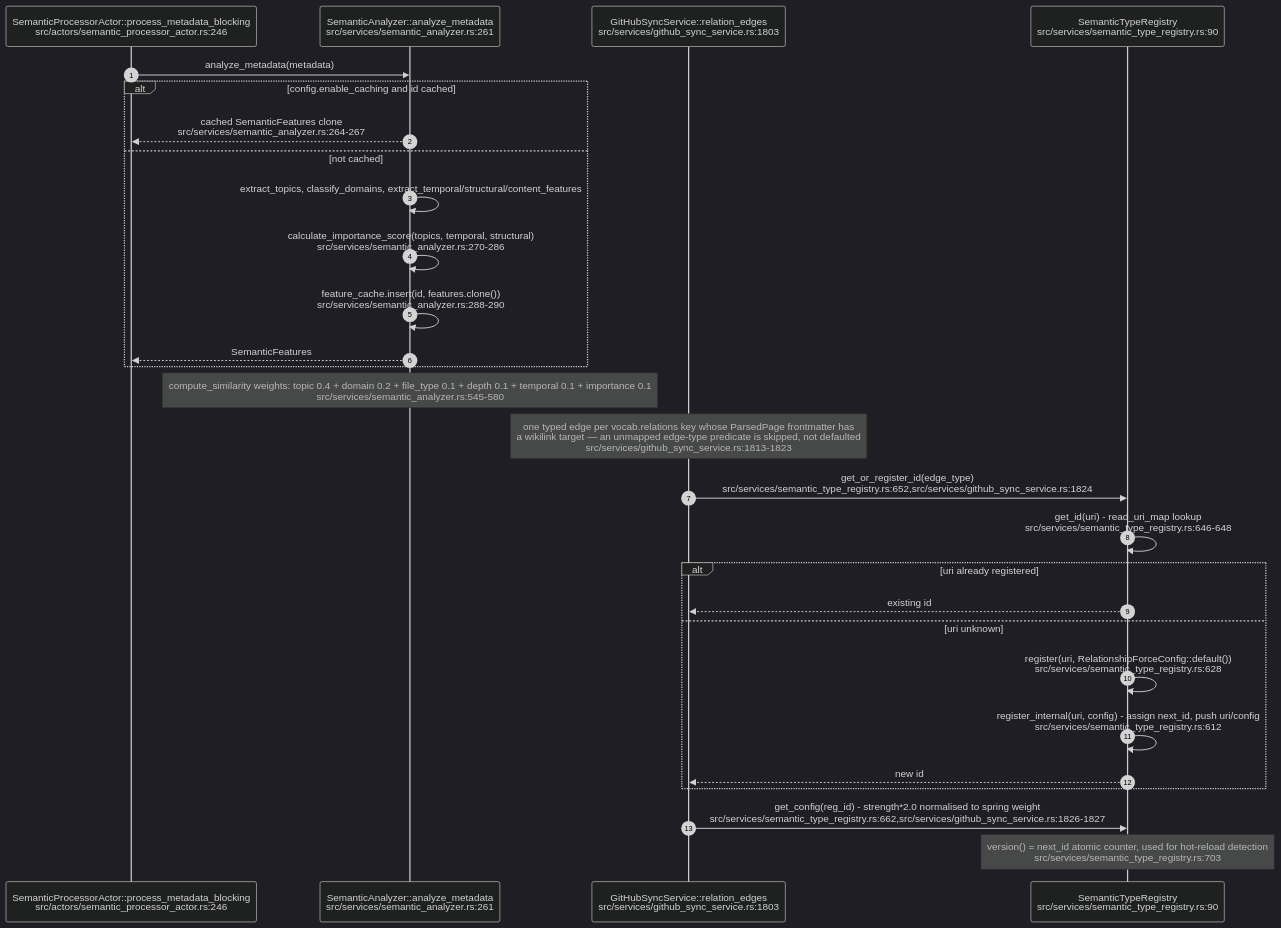
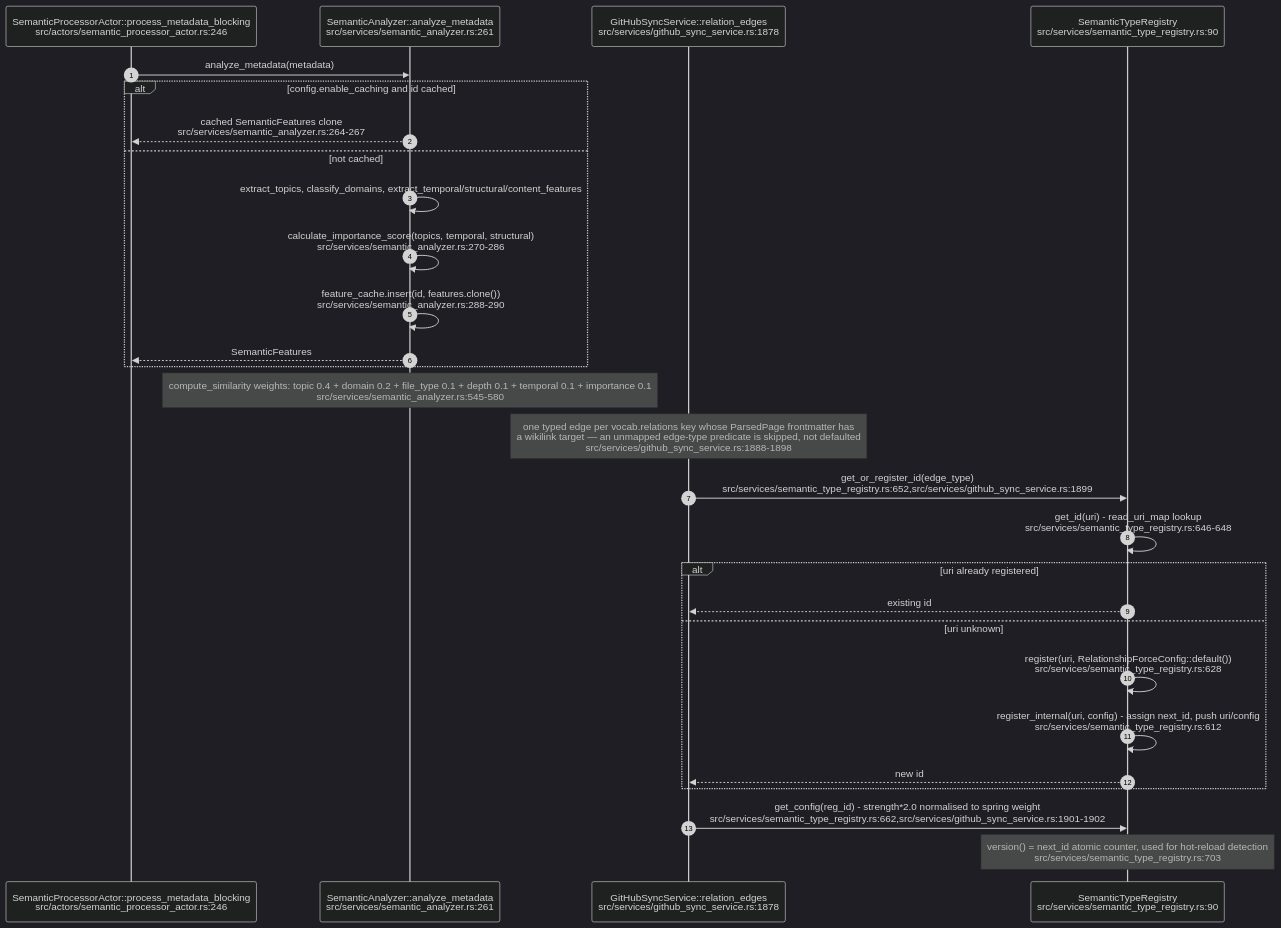
The eighth of 12 diagrams in docs/diagrams/visionclaw/25-insight-kpi-nlq-semantics.md (DreamLab-AI/VisionFlow), drawn with Mermaid (dark theme) before and after one commit. The commit also changed other lines of this file and 56 other files, not shown here.

First line of the commit message:
docs(diagrams): re-verify VisionClaw topics at ec785afa9, add VC-19/56/57 and the VisionClaw register

````diff
--- a/docs/diagrams/visionclaw/25-insight-kpi-nlq-semantics.md
+++ b/docs/diagrams/visionclaw/25-insight-kpi-nlq-semantics.md
@@ -361,32 +371,32 @@
 ```mermaid
 sequenceDiagram
     autonumber
     participant SPA as SemanticProcessorActor::process_metadata_blocking<br/>src/actors/semantic_processor_actor.rs:246
     participant SA as SemanticAnalyzer::analyze_metadata<br/>src/services/semantic_analyzer.rs:261
-    participant GS as GitHubSyncService::relation_edges<br/>src/services/github_sync_service.rs:1803
+    participant GS as GitHubSyncService::relation_edges<br/>src/services/github_sync_service.rs:1878
     participant REG as SemanticTypeRegistry<br/>src/services/semantic_type_registry.rs:90
 
     SPA->>SA: analyze_metadata(metadata)
     alt config.enable_caching and id cached
         SA-->>SPA: cached SemanticFeatures clone<br/>src/services/semantic_analyzer.rs:264-267
     else not cached
         SA->>SA: extract_topics, classify_domains, extract_temporal/structural/content_features
         SA->>SA: calculate_importance_score(topics, temporal, structural)<br/>src/services/semantic_analyzer.rs:270-286
         SA->>SA: feature_cache.insert(id, features.clone())<br/>src/services/semantic_analyzer.rs:288-290
         SA-->>SPA: SemanticFeatures
     end
     Note over SA: compute_similarity weights: topic 0.4 + domain 0.2 + file_type 0.1 + depth 0.1 + temporal 0.1 + importance 0.1<br/>src/services/semantic_analyzer.rs:545-580
 
-    Note over GS: one typed edge per vocab.relations key whose ParsedPage frontmatter has<br/>a wikilink target — an unmapped edge-type predicate is skipped, not defaulted<br/>src/services/github_sync_service.rs:1813-1823
-    GS->>REG: get_or_register_id(edge_type)<br/>src/services/semantic_type_registry.rs:652,src/services/github_sync_service.rs:1824
+    Note over GS: one typed edge per vocab.relations key whose ParsedPage frontmatter has<br/>a wikilink target — an unmapped edge-type predicate is skipped, not defaulted<br/>src/services/github_sync_service.rs:1888-1898
+    GS->>REG: get_or_register_id(edge_type)<br/>src/services/semantic_type_registry.rs:652,src/services/github_sync_service.rs:1899
     REG->>REG: get_id(uri) - read_uri_map lookup<br/>src/services/semantic_type_registry.rs:646-648
     alt uri already registered
         REG-->>GS: existing id
     else uri unknown
         REG->>REG: register(uri, RelationshipForceConfig::default())<br/>src/services/semantic_type_registry.rs:628
         REG->>REG: register_internal(uri, config) - assign next_id, push uri/config<br/>src/services/semantic_type_registry.rs:612
         REG-->>GS: new id
     end
-    GS->>REG: get_config(reg_id) - strength*2.0 normalised to spring weight<br/>src/services/semantic_type_registry.rs:662,src/services/github_sync_service.rs:1826-1827
+    GS->>REG: get_config(reg_id) - strength*2.0 normalised to spring weight<br/>src/services/semantic_type_registry.rs:662,src/services/github_sync_service.rs:1901-1902
     Note over REG: version() = next_id atomic counter, used for hot-reload detection<br/>src/services/semantic_type_registry.rs:703
 ```
````
